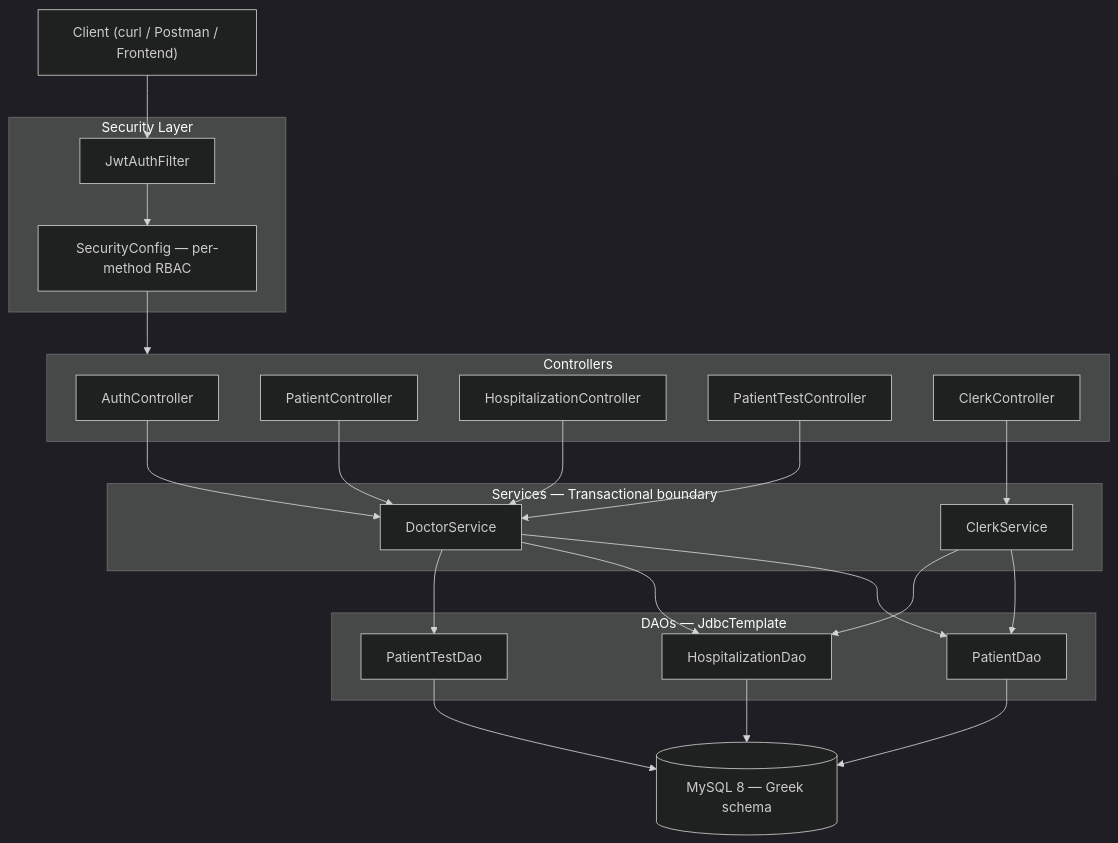
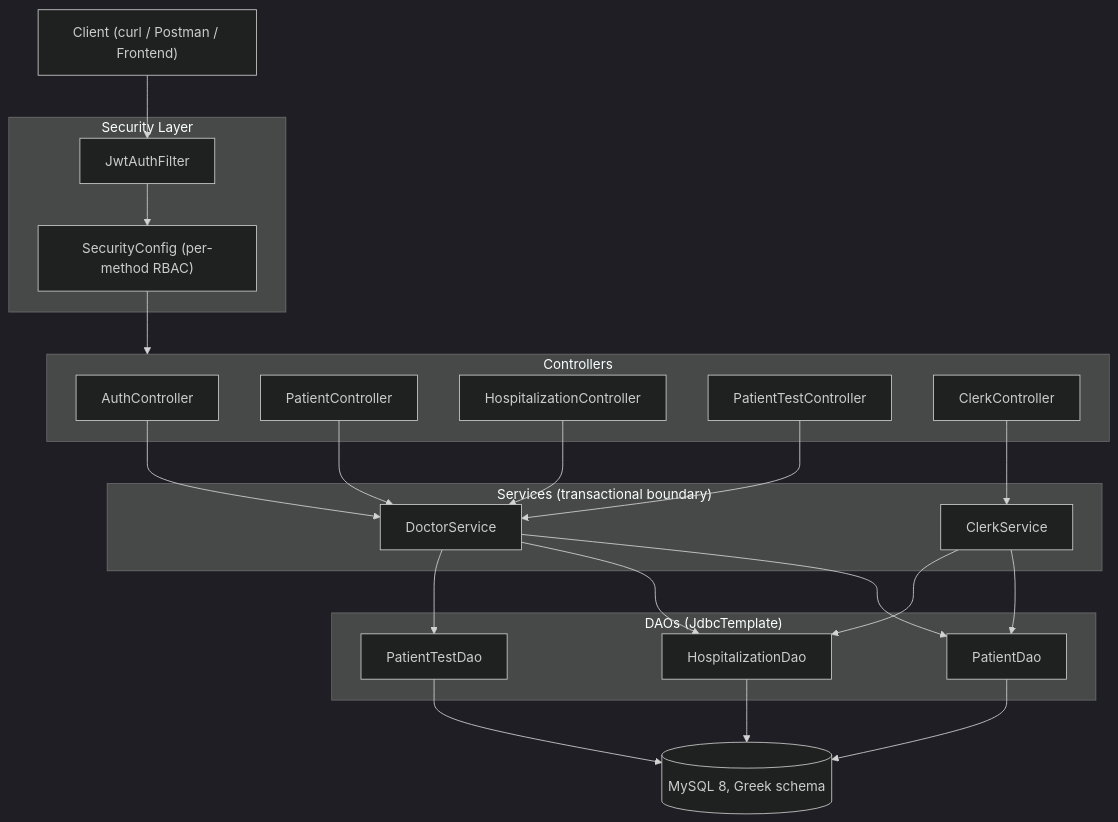
The first of 3 diagrams in README.md (DimitriosDalaklidhs/spring-boot-Greek-hospital-system), drawn with Mermaid (dark theme) before and after one commit. The commit also changed other lines of this file, not shown here.

````diff
--- a/README.md
+++ b/README.md
@@ -45,47 +45,47 @@
 ```mermaid
 flowchart TB
     Client["Client (curl / Postman / Frontend)"]
 
     subgraph Security["Security Layer"]
         Filter["JwtAuthFilter"]
-        Config["SecurityConfig — per-method RBAC"]
+        Config["SecurityConfig (per-method RBAC)"]
     end
 
     subgraph Controllers["Controllers"]
         AuthC["AuthController"]
         PatientC["PatientController"]
         HospC["HospitalizationController"]
         TestC["PatientTestController"]
         ClerkC["ClerkController"]
     end
 
-    subgraph Services["Services — Transactional boundary"]
+    subgraph Services["Services (transactional boundary)"]
         DocS["DoctorService"]
         ClerkS["ClerkService"]
     end
 
-    subgraph DAOs["DAOs — JdbcTemplate"]
+    subgraph DAOs["DAOs (JdbcTemplate)"]
         PatientD["PatientDao"]
         HospD["HospitalizationDao"]
         TestD["PatientTestDao"]
     end
 
-    DB[("MySQL 8 — Greek schema")]
+    DB[("MySQL 8, Greek schema")]
 
     Client --> Filter
     Filter --> Config
     Config --> Controllers
     AuthC --> DocS
     PatientC --> DocS
     HospC --> DocS
     TestC --> DocS
     ClerkC --> ClerkS
     DocS --> PatientD
     DocS --> HospD
     DocS --> TestD
     ClerkS --> PatientD
     ClerkS --> HospD
     PatientD --> DB
     HospD --> DB
     TestD --> DB
 ```
````
